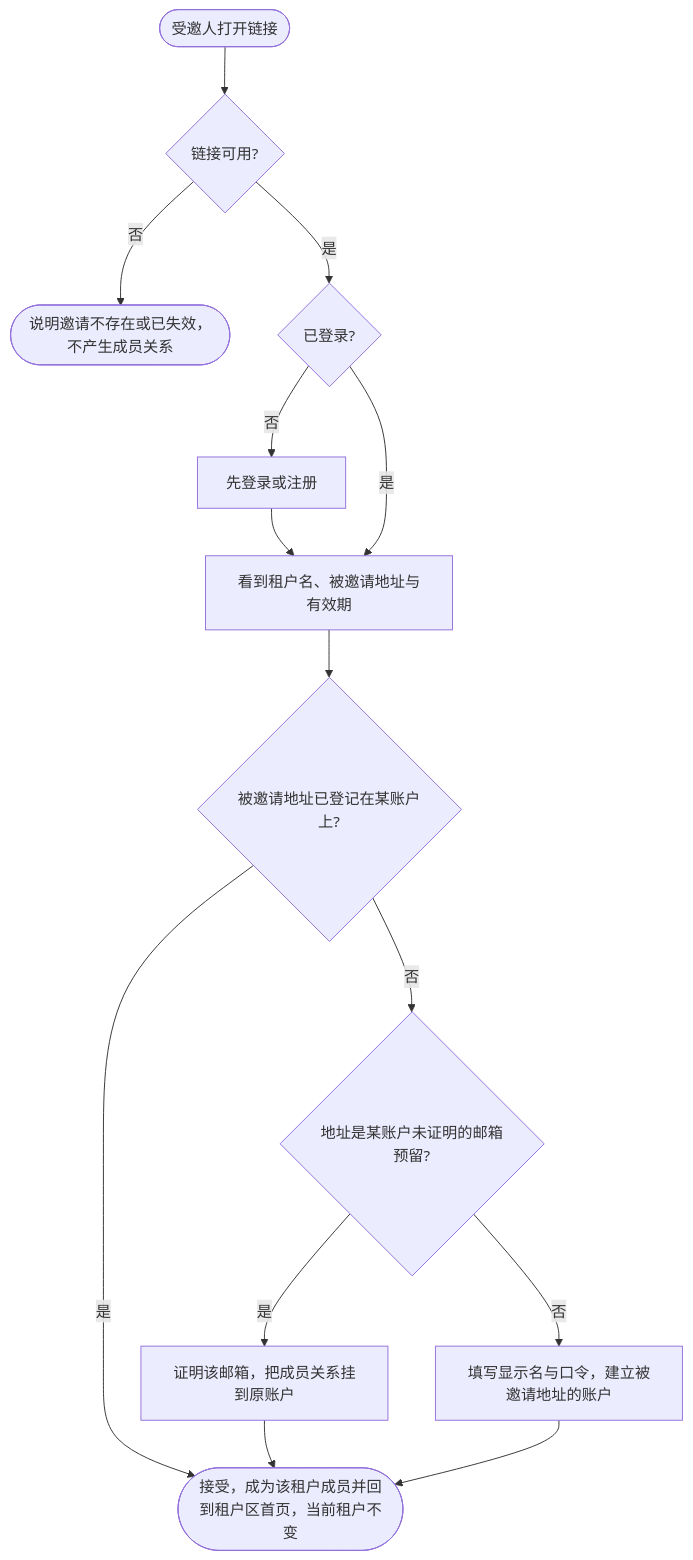
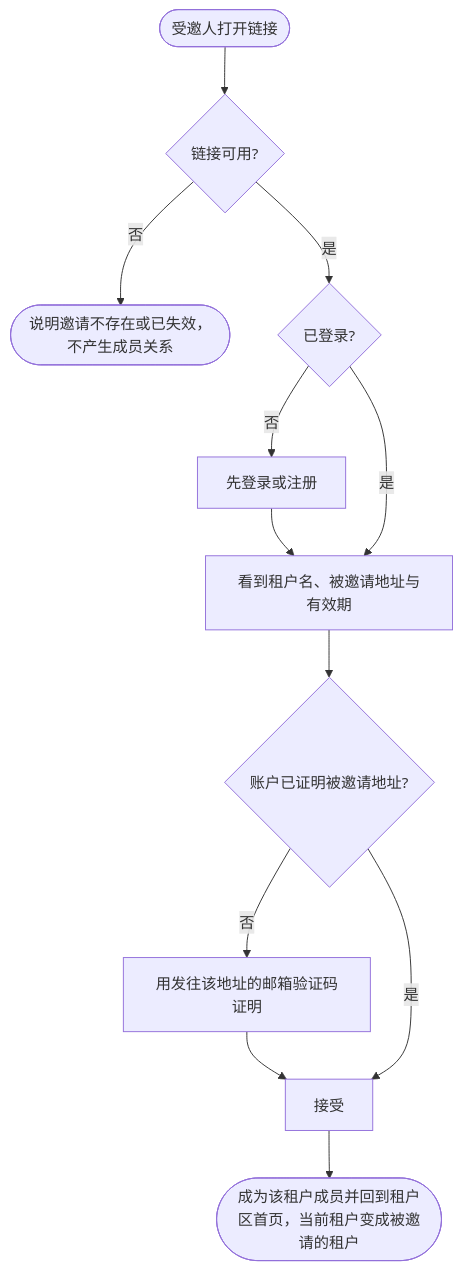
One commit to wangzw/speed changed the diagram in docs/prd/journeys/journey-invitation-to-tenant.md. Above: the diagram before and after it, drawn with Mermaid. The commit also changed other lines of this file and 111 other files, not shown here.

First line of the commit message:
feat(authn)!: require a proven invitation email and harden the invite flow

````diff
--- a/docs/prd/journeys/journey-invitation-to-tenant.md
+++ b/docs/prd/journeys/journey-invitation-to-tenant.md
@@ -38,13 +40,12 @@
 ```mermaid
 flowchart TD
     open([受邀人打开链接]) --> valid{链接可用?}
     valid -->|否| invalid([说明邀请不存在或已失效，不产生成员关系])
     valid -->|是| signed{已登录?}
-    signed -->|否| login[先登录或注册] --> summary[看到租户名、被邀请地址与有效期]
+    signed -->|否| auth[先登录或注册] --> summary[看到租户名、被邀请地址与有效期]
     signed -->|是| summary
-    summary --> known{被邀请地址已登记在某账户上?}
-    known -->|是| joined([接受，成为该租户成员并回到租户区首页，当前租户不变])
-    known -->|否| reserved{地址是某账户未证明的邮箱预留?}
-    reserved -->|是| prove[证明该邮箱，把成员关系挂到原账户] --> joined
-    reserved -->|否| create[填写显示名与口令，建立被邀请地址的账户] --> joined
+    summary --> proven{账户已证明被邀请地址?}
+    proven -->|否| prove[用发往该地址的邮箱验证码证明] --> accept[接受]
+    proven -->|是| accept
+    accept --> joined([成为该租户成员并回到租户区首页，当前租户变成被邀请的租户])
 ```
````
